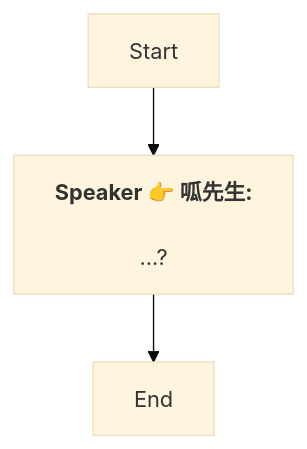
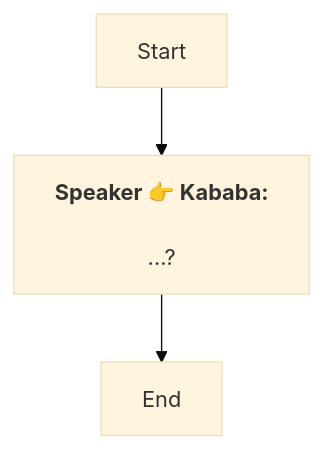
Before and after one commit to SoftHu/tos_avg: the diagram in Zh/Dialog_55332907161185.md, drawn with Mermaid (base theme). The commit also changed 737 other files, not shown here.

````diff
--- a/Zh/Dialog_55332907161185.md
+++ b/Zh/Dialog_55332907161185.md
@@ -1,8 +1,7 @@
 ```mermaid
 graph
-Start -->1770653074080696[<b>Speaker 👉 呱先生:</b>
-
-...?]
+Start -->1770653074080696[<b>Speaker 👉 Kababa:</b>
+\n...?]
 1770653074080696 -->1770653072431031[End]
 
- ```
+```
````
